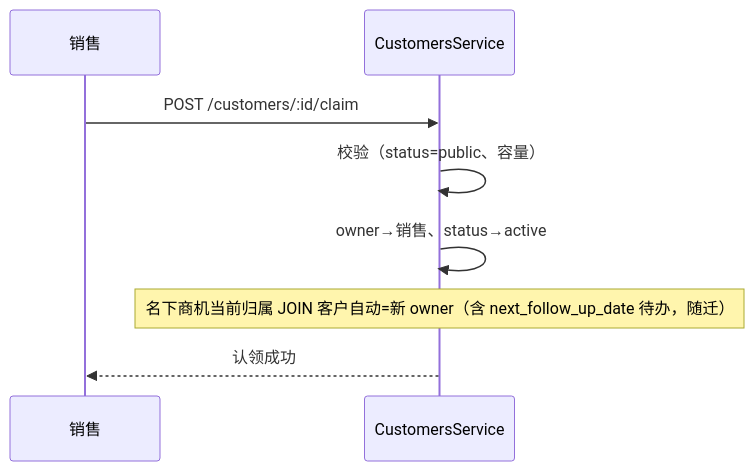
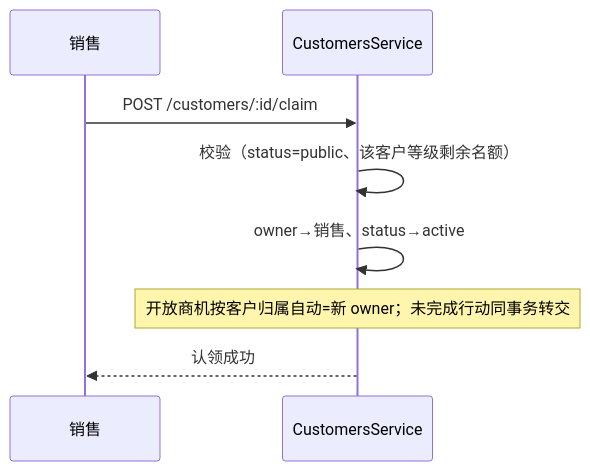
Diagram 14 of 26 in docs/重构架构决策与实施蓝图.md (lixiname/LITECRM), drawn with Mermaid before and after one commit. The commit also changed other lines of this file and 8 other files, not shown here.

````diff
--- a/docs/重构架构决策与实施蓝图.md
+++ b/docs/重构架构决策与实施蓝图.md
@@ -922,10 +982,10 @@
 ```mermaid
 sequenceDiagram
     participant S as 销售
     participant C as CustomersService
     S->>C: POST /customers/:id/claim
-    C->>C: 校验（status=public、容量）
+    C->>C: 校验（status=public、该客户等级剩余名额）
     C->>C: owner→销售、status→active
-    Note over C: 名下商机当前归属 JOIN 客户自动=新 owner（含 next_follow_up_date 待办，随迁）
+    Note over C: 开放商机按客户归属自动=新 owner；未完成行动同事务转交
     C-->>S: 认领成功
 ```
````
